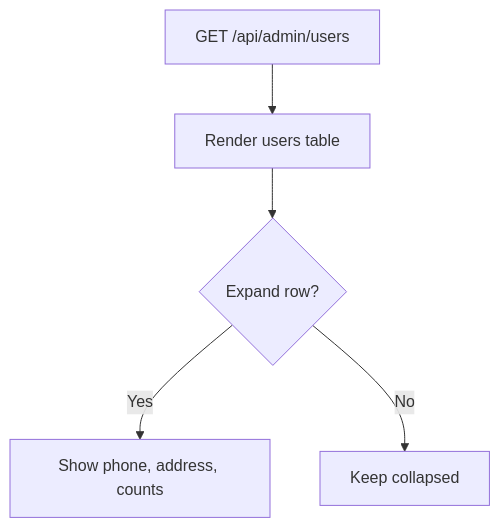
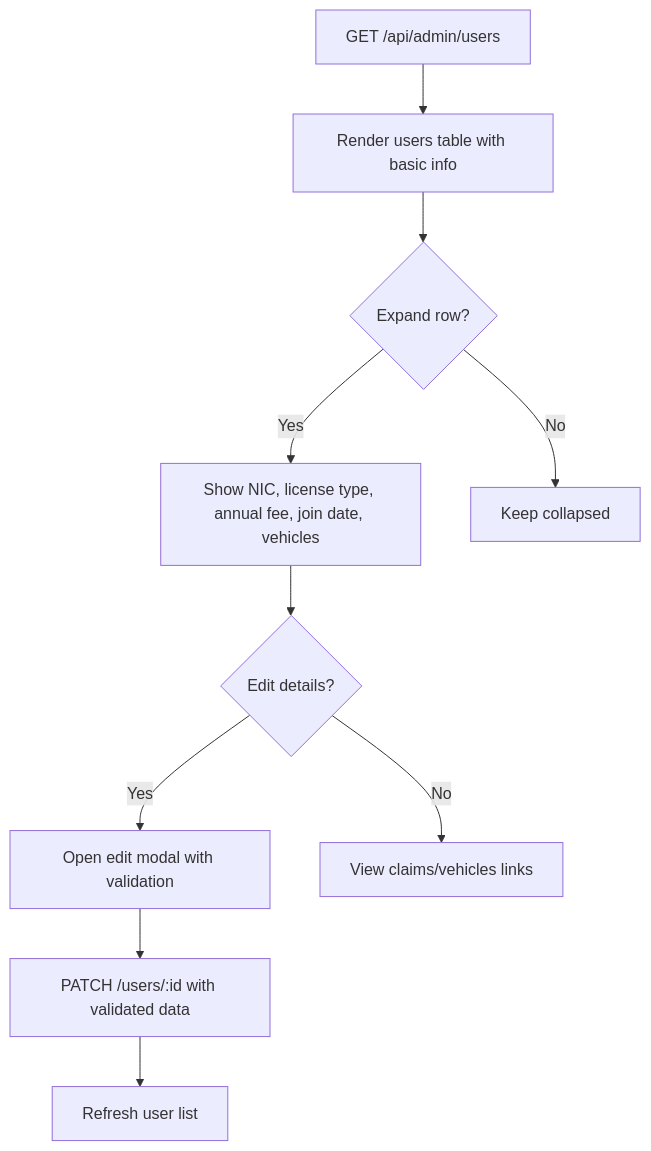
The sixth of 9 diagrams in .qoder/repowiki/en/content/Frontend Documentation/Pages and Views/Admin Pages/Admin Pages.md (NaveenHiranya/Smart-Vehicle-Insurance-Claim-System), drawn with Mermaid before and after one commit. The commit also changed other lines of this file and 45 other files, not shown here.

````diff
--- a/.qoder/repowiki/en/content/Frontend Documentation/Pages and Views/Admin Pages/Admin Pages.md
+++ b/.qoder/repowiki/en/content/Frontend Documentation/Pages and Views/Admin Pages/Admin Pages.md
@@ -227,7 +246,12 @@
 ```mermaid
 flowchart TD
-Load["GET /api/admin/users"] --> Show["Render users table"]
+Load["GET /api/admin/users"] --> Show["Render users table with basic info"]
 Show --> Expand{"Expand row?"}
-Expand --> |Yes| Detail["Show phone, address, counts"]
+Expand --> |Yes| Detail["Show NIC, license type, annual fee, join date, vehicles"]
 Expand --> |No| Idle["Keep collapsed"]
+Detail --> Edit{"Edit details?"}
+Edit --> |Yes| Modal["Open edit modal with validation"]
+Edit --> |No| Actions["View claims/vehicles links"]
+Modal --> Save["PATCH /users/:id with validated data"]
+Save --> Refresh["Refresh user list"]
 ```
````
